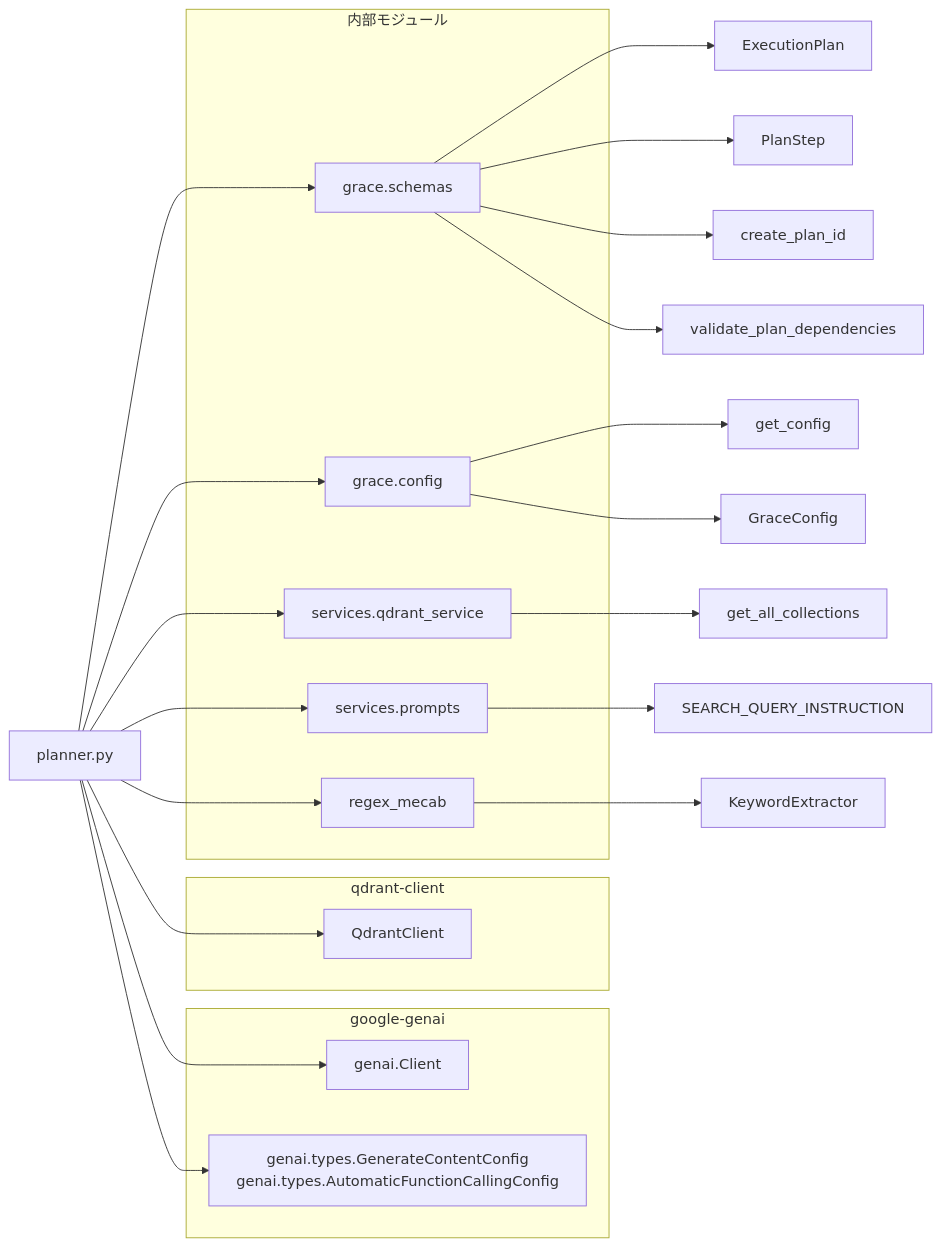
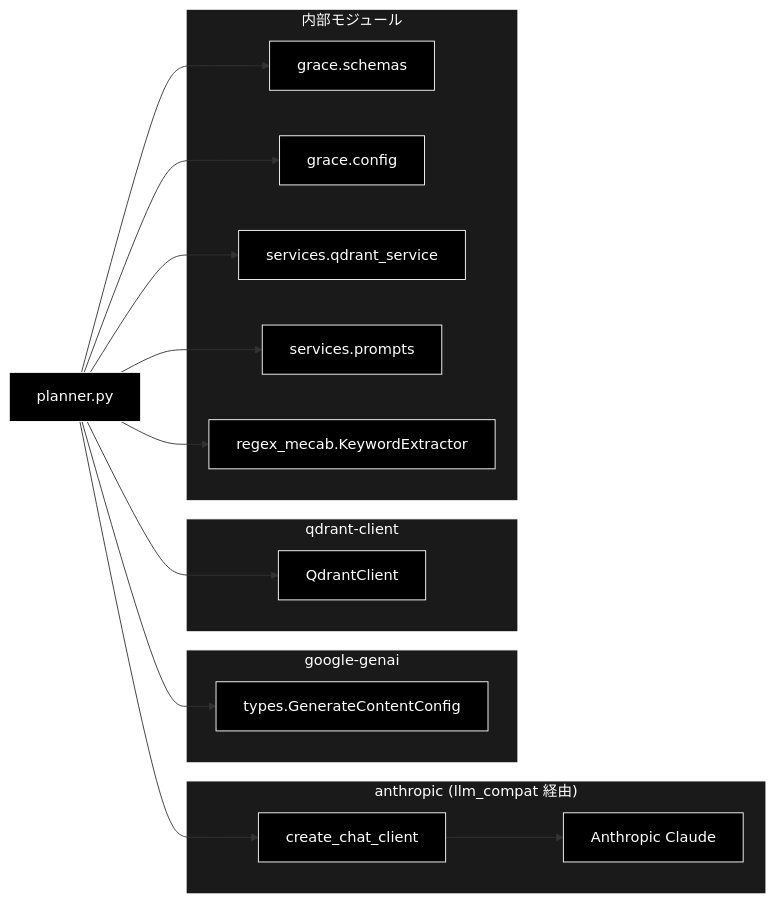
Before and after one commit to nakashima2toshio/anthropic_grace_agent_v2: the third of 3 diagrams in grace/doc/planner.md, drawn with Mermaid. The commit also changed other lines of this file and 9 other files, not shown here.

````diff
--- a/grace/doc/planner.md
+++ b/grace/doc/planner.md
@@ -865,44 +737,42 @@
 ```mermaid
 flowchart LR
-    PLANNER[planner.py]
+    PLANNER["planner.py"]
 
-    subgraph GOOGLE["google-genai"]
-        GENAI[genai.Client]
-        TYPES[genai.types.GenerateContentConfig\ngenai.types.AutomaticFunctionCallingConfig]
+    subgraph ANTHROPIC["anthropic (llm_compat 経由)"]
+        CLIENT["create_chat_client"]
+        CLAUDE["Anthropic Claude"]
+    end
+
+    subgraph GENAI["google-genai"]
+        TYPES["types.GenerateContentConfig"]
     end
 
     subgraph QDRANT["qdrant-client"]
-        QC[QdrantClient]
+        QC["QdrantClient"]
     end
 
     subgraph INTERNAL["内部モジュール"]
-        SCHEMAS[grace.schemas]
-        CONFIG[grace.config]
-        QDRANT_SVC[services.qdrant_service]
-        PROMPTS[services.prompts]
-        REGEX[regex_mecab]
+        SCHEMAS["grace.schemas"]
+        CONFIG["grace.config"]
+        QSVC["services.qdrant_service"]
+        PROMPTS["services.prompts"]
+        MECAB["regex_mecab.KeywordExtractor"]
     end
 
-    PLANNER --> GENAI
+    PLANNER --> CLIENT
+    CLIENT --> CLAUDE
     PLANNER --> TYPES
     PLANNER --> QC
     PLANNER --> SCHEMAS
     PLANNER --> CONFIG
-    PLANNER --> QDRANT_SVC
+    PLANNER --> QSVC
     PLANNER --> PROMPTS
-    PLANNER --> REGEX
-
-    SCHEMAS --> S1[ExecutionPlan]
-    SCHEMAS --> S2[PlanStep]
-    SCHEMAS --> S3[create_plan_id]
-    SCHEMAS --> S4[validate_plan_dependencies]
-
-    CONFIG --> C1[get_config]
-    CONFIG --> C2[GraceConfig]
-
-    QDRANT_SVC --> Q1[get_all_collections]
-
-    PROMPTS --> P1[SEARCH_QUERY_INSTRUCTION]
-
-    REGEX --> R1[KeywordExtractor]
+    PLANNER --> MECAB
+classDef default fill:#000,stroke:#fff,color:#fff
+classDef subgraphStyle fill:#1a1a1a,stroke:#fff,color:#fff
+class PLANNER,CLIENT,CLAUDE,TYPES,QC,SCHEMAS,CONFIG,QSVC,PROMPTS,MECAB default
+style ANTHROPIC fill:#1a1a1a,stroke:#fff,color:#fff
+style GENAI fill:#1a1a1a,stroke:#fff,color:#fff
+style QDRANT fill:#1a1a1a,stroke:#fff,color:#fff
+style INTERNAL fill:#1a1a1a,stroke:#fff,color:#fff
 ```
````
